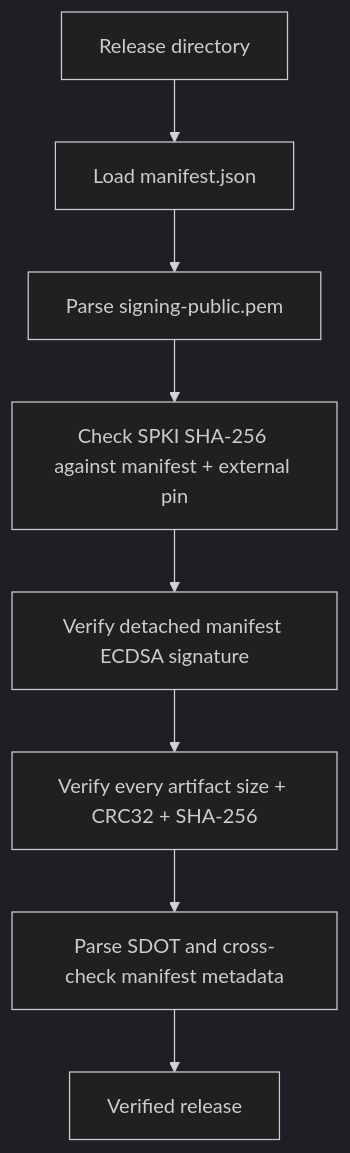
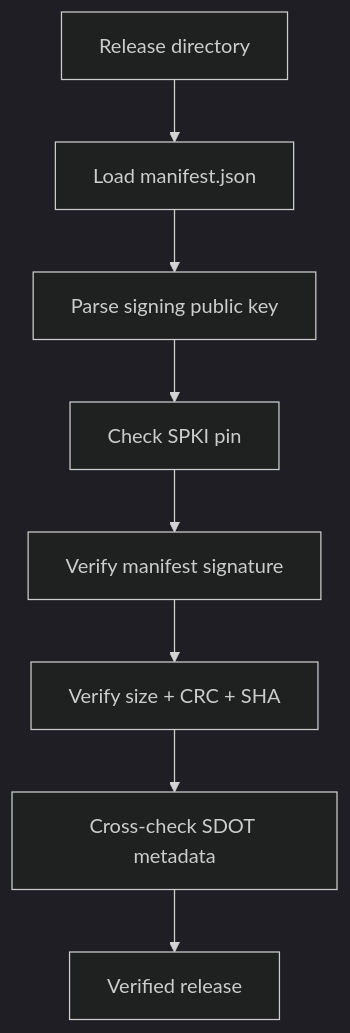
The diagram in server/README.md (haikevins/secure-delta-ota-bootloader), drawn with Mermaid (dark theme) before and after one commit. The commit also changed 11 other files, not shown here.

````diff
--- a/server/README.md
+++ b/server/README.md
@@ -85,10 +85,10 @@
 ```mermaid
-flowchart TD
+flowchart TB
     D["Release directory"] --> M["Load manifest.json"]
-    M --> K["Parse signing-public.pem"]
-    K --> P["Check SPKI SHA-256 against manifest + external pin"]
-    P --> S["Verify detached manifest ECDSA signature"]
-    S --> A["Verify every artifact size + CRC32 + SHA-256"]
-    A --> C["Parse SDOT and cross-check manifest metadata"]
+    M --> K["Parse signing public key"]
+    K --> P["Check SPKI pin"]
+    P --> S["Verify manifest signature"]
+    S --> A["Verify size + CRC + SHA"]
+    A --> C["Cross-check SDOT metadata"]
     C --> V["Verified release"]
 ```
````
